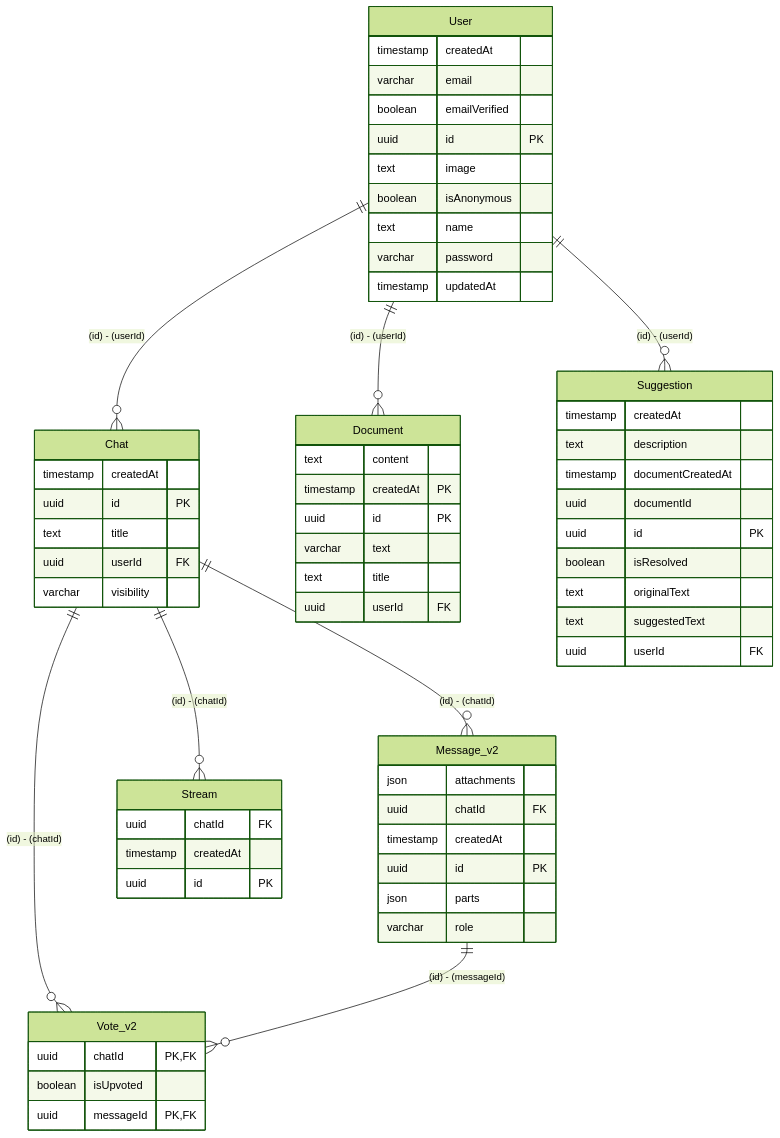
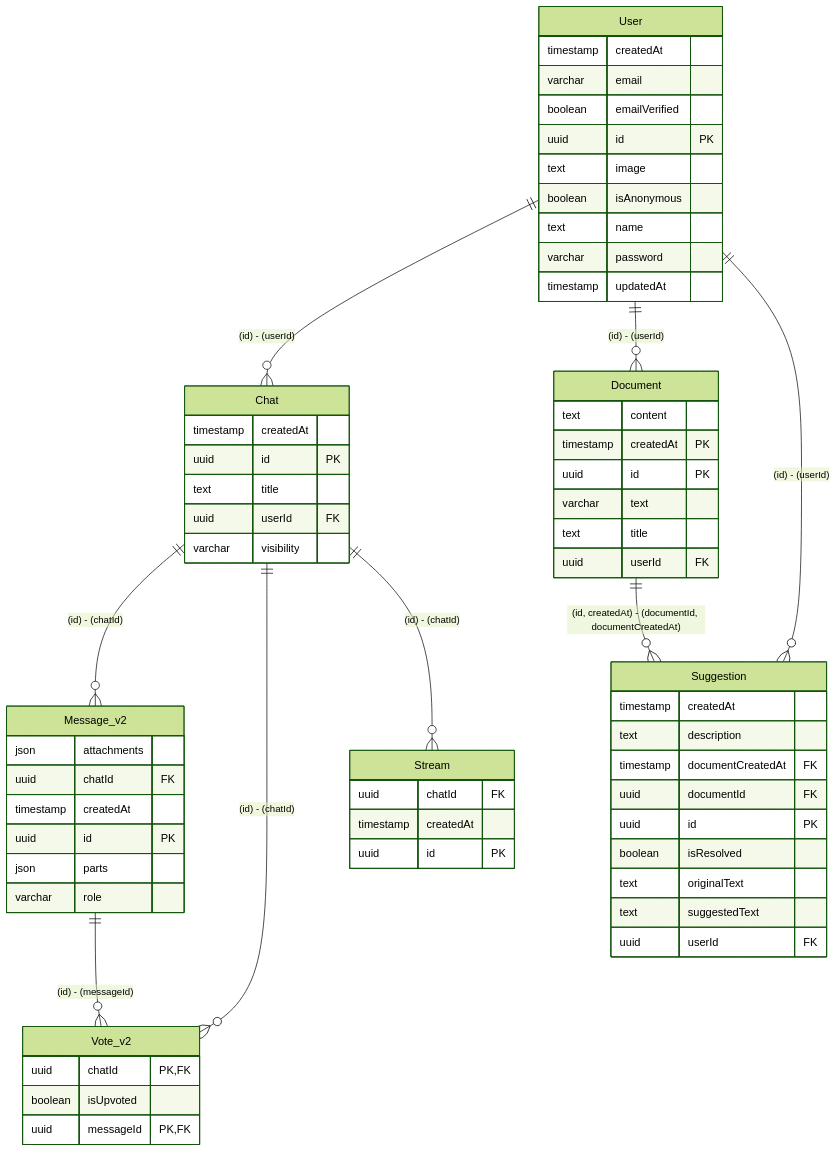
Before and after one commit to nakita628/drizzler-examples: the diagram in apps/vercel-ai-chatbot/docs/er.md, drawn with Mermaid (forest theme). The commit also changed 179 other files, not shown here.

````diff
--- a/apps/vercel-ai-chatbot/docs/er.md
+++ b/apps/vercel-ai-chatbot/docs/er.md
@@ -1,65 +1,66 @@
 ```mermaid
 erDiagram
     User ||--o{ Chat : "(id) - (userId)"
     Chat ||--o{ Message_v2 : "(id) - (chatId)"
     Chat ||--o{ Vote_v2 : "(id) - (chatId)"
     Message_v2 ||--o{ Vote_v2 : "(id) - (messageId)"
     User ||--o{ Document : "(id) - (userId)"
     User ||--o{ Suggestion : "(id) - (userId)"
+    Document ||--o{ Suggestion : "(id, createdAt) - (documentId, documentCreatedAt)"
     Chat ||--o{ Stream : "(id) - (chatId)"
     User {
         timestamp createdAt
         varchar email
         boolean emailVerified
         uuid id PK
         text image
         boolean isAnonymous
         text name
         varchar password
         timestamp updatedAt
     }
     Chat {
         timestamp createdAt
         uuid id PK
         text title
         uuid userId FK
         varchar visibility
     }
     Message_v2 {
         json attachments
         uuid chatId FK
         timestamp createdAt
         uuid id PK
         json parts
         varchar role
     }
     Vote_v2 {
         uuid chatId PK, FK
         boolean isUpvoted
         uuid messageId PK, FK
     }
     Document {
         text content
         timestamp createdAt PK
         uuid id PK
         varchar text
         text title
         uuid userId FK
     }
     Suggestion {
         timestamp createdAt
         text description
-        timestamp documentCreatedAt
-        uuid documentId
+        timestamp documentCreatedAt FK
+        uuid documentId FK
         uuid id PK
         boolean isResolved
         text originalText
         text suggestedText
         uuid userId FK
     }
     Stream {
         uuid chatId FK
         timestamp createdAt
         uuid id PK
     }
 ```
````
